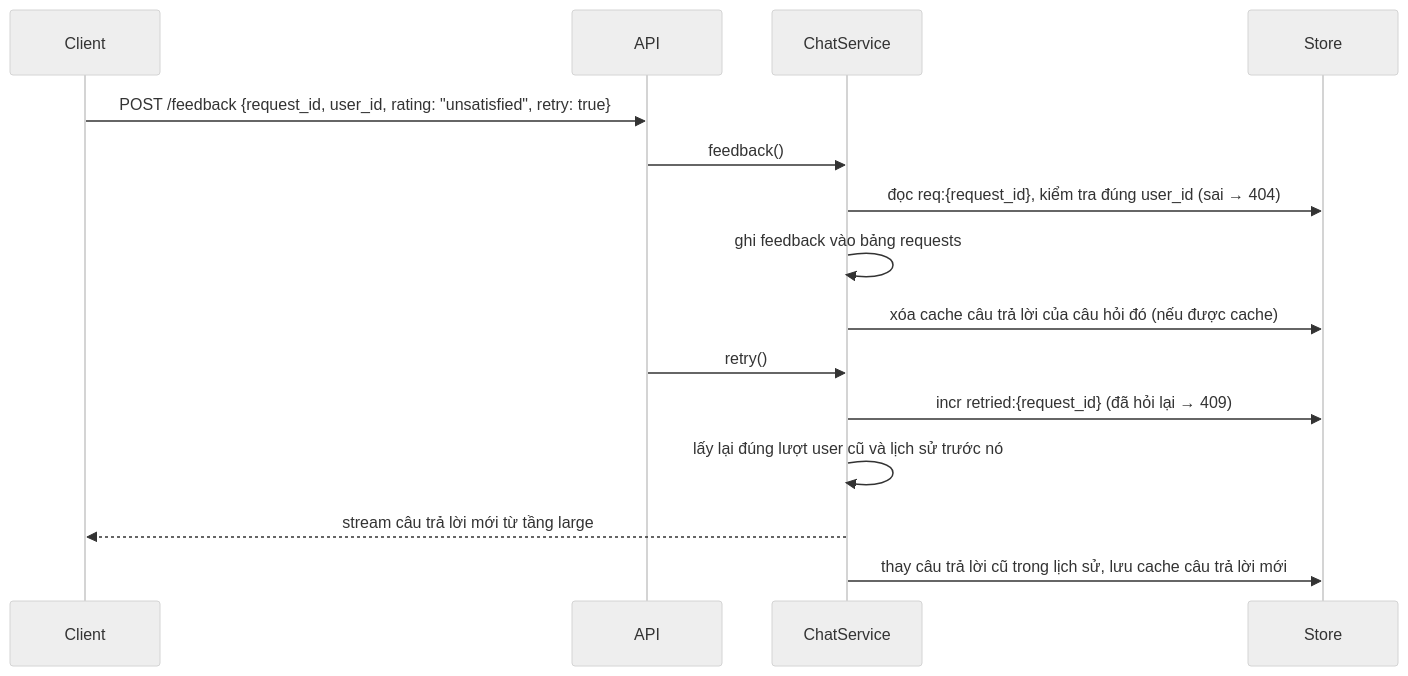
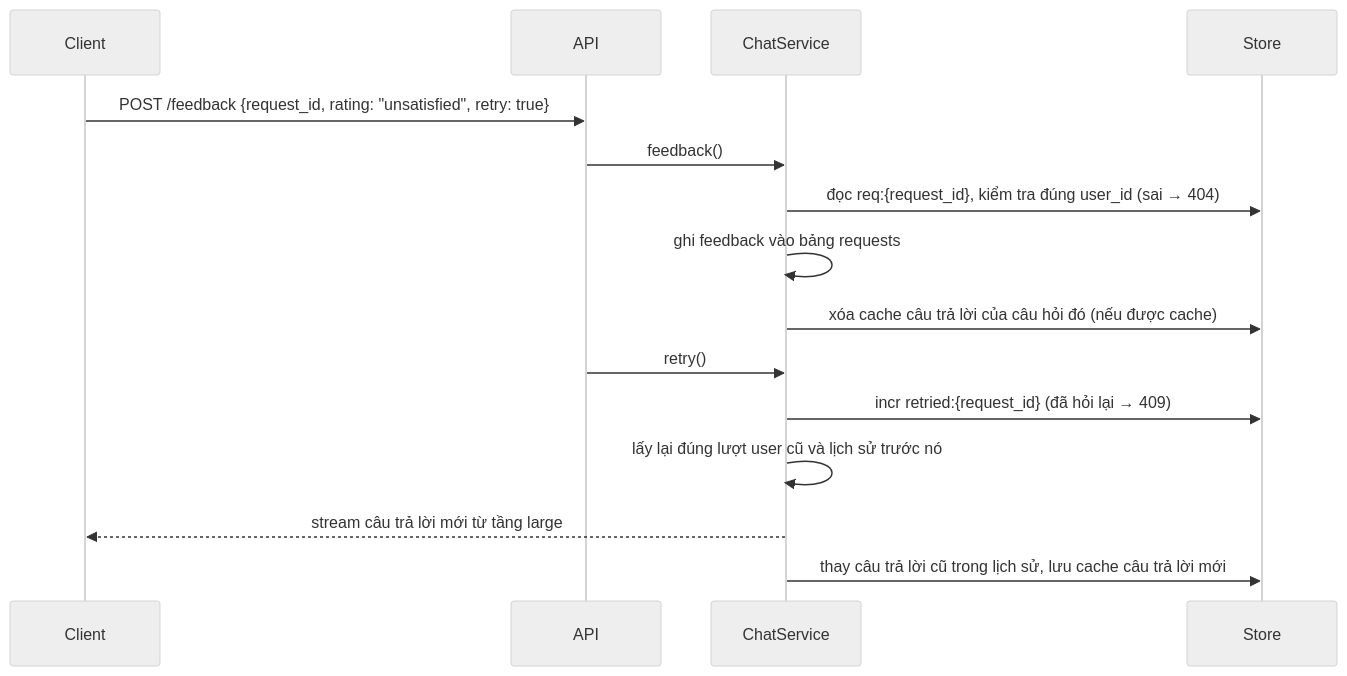
Before and after one commit to HieuDevs/cag: the second of 2 diagrams in docs/how-it-works.md, drawn with Mermaid (neutral theme). The commit also changed other lines of this file and 14 other files, not shown here.

````diff
--- a/docs/how-it-works.md
+++ b/docs/how-it-works.md
@@ -304,17 +302,17 @@
 ```mermaid
 sequenceDiagram
     participant C as Client
     participant A as API
     participant S as ChatService
     participant K as Store
-    C->>A: POST /feedback {request_id, user_id, rating: "unsatisfied", retry: true}
+    C->>A: POST /feedback {request_id, rating: "unsatisfied", retry: true}
     A->>S: feedback()
     S->>K: đọc req:{request_id}, kiểm tra đúng user_id (sai → 404)
     S->>S: ghi feedback vào bảng requests
     S->>K: xóa cache câu trả lời của câu hỏi đó (nếu được cache)
     A->>S: retry()
     S->>K: incr retried:{request_id} (đã hỏi lại → 409)
     S->>S: lấy lại đúng lượt user cũ và lịch sử trước nó
     S-->>C: stream câu trả lời mới từ tầng large
     S->>K: thay câu trả lời cũ trong lịch sử, lưu cache câu trả lời mới
 ```
````
